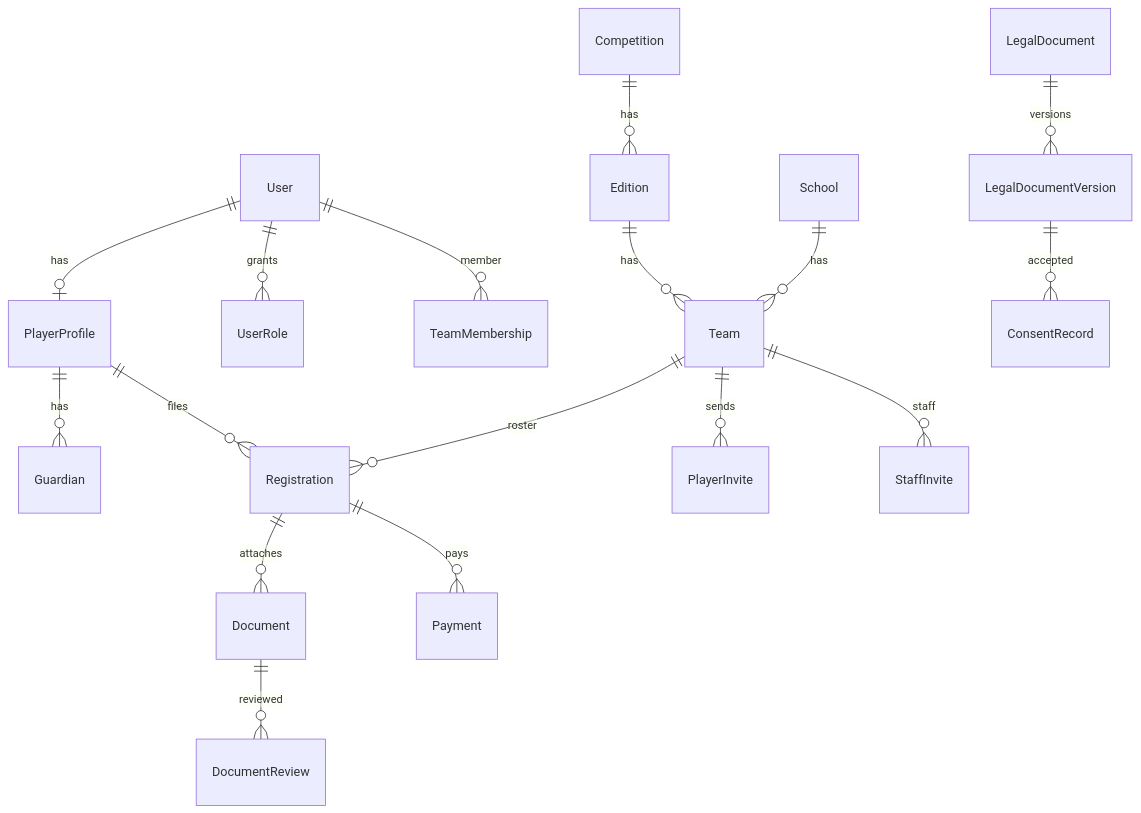
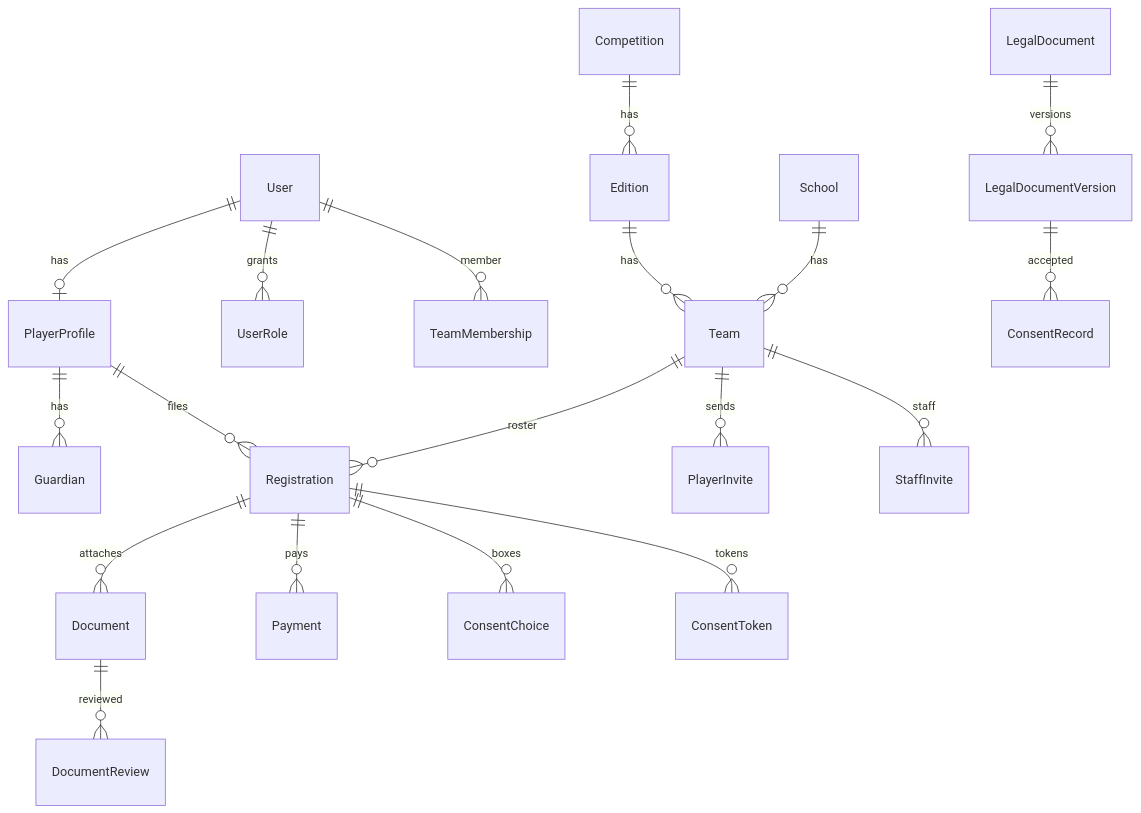
One commit to m8lamario/piattaforma-lcs changed the diagram in docs/05-database-design.md. Above: the diagram before and after it, drawn with Mermaid. The commit also changed other lines of this file and 74 other files, not shown here.

````diff
--- a/docs/05-database-design.md
+++ b/docs/05-database-design.md
@@ -9,19 +9,21 @@
 ```mermaid
 erDiagram
   User ||--o| PlayerProfile : has
   User ||--o{ UserRole : grants
   User ||--o{ TeamMembership : member
   PlayerProfile ||--o{ Guardian : has
   PlayerProfile ||--o{ Registration : files
   Competition ||--o{ Edition : has
   Edition ||--o{ Team : has
   School ||--o{ Team : has
   Team ||--o{ PlayerInvite : sends
   Team ||--o{ StaffInvite : staff
   Team ||--o{ Registration : roster
   Registration ||--o{ Document : attaches
   Registration ||--o{ Payment : pays
   LegalDocument ||--o{ LegalDocumentVersion : versions
   LegalDocumentVersion ||--o{ ConsentRecord : accepted
+  Registration ||--o{ ConsentChoice : boxes
+  Registration ||--o{ ConsentToken : tokens
   Document ||--o{ DocumentReview : reviewed
 ```
````
